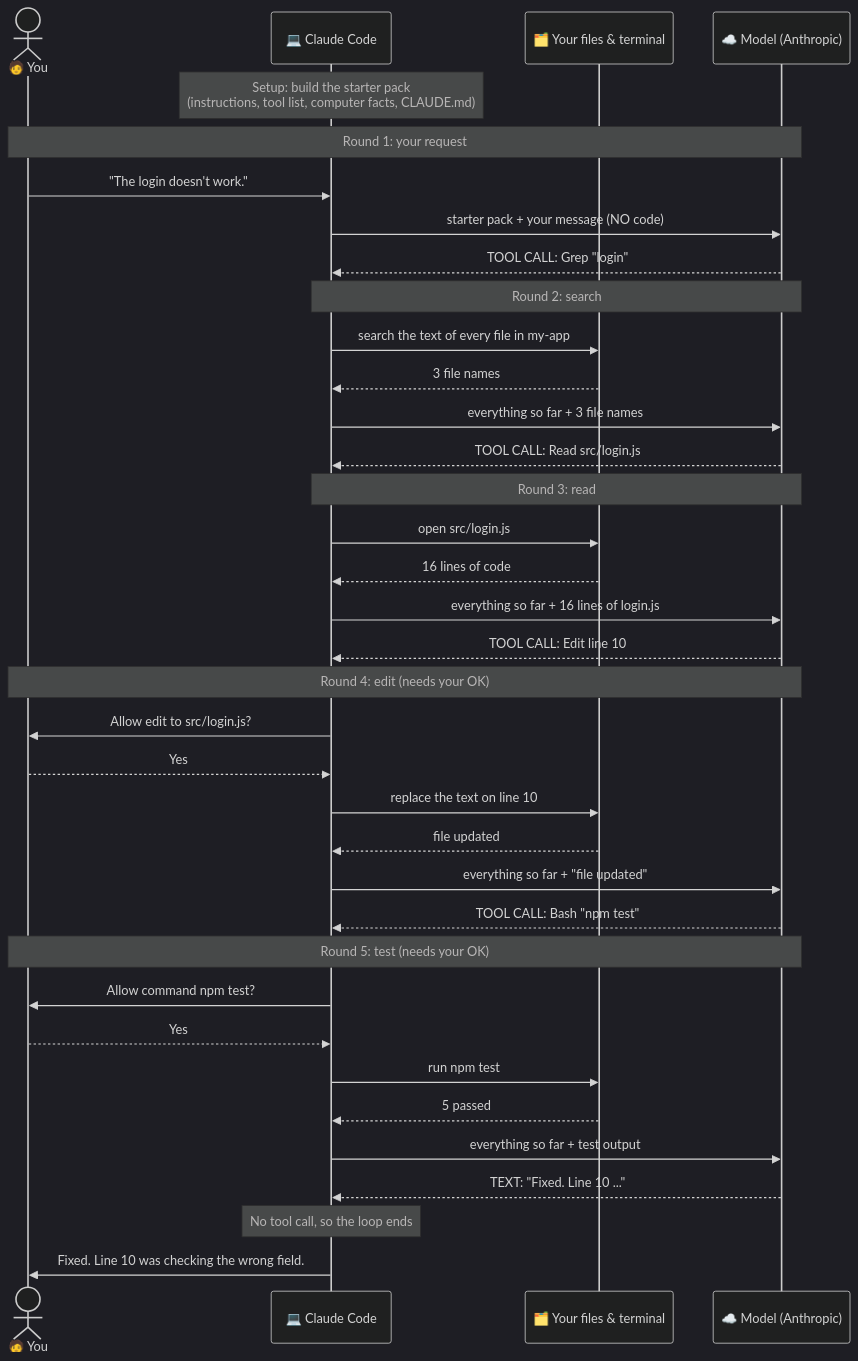
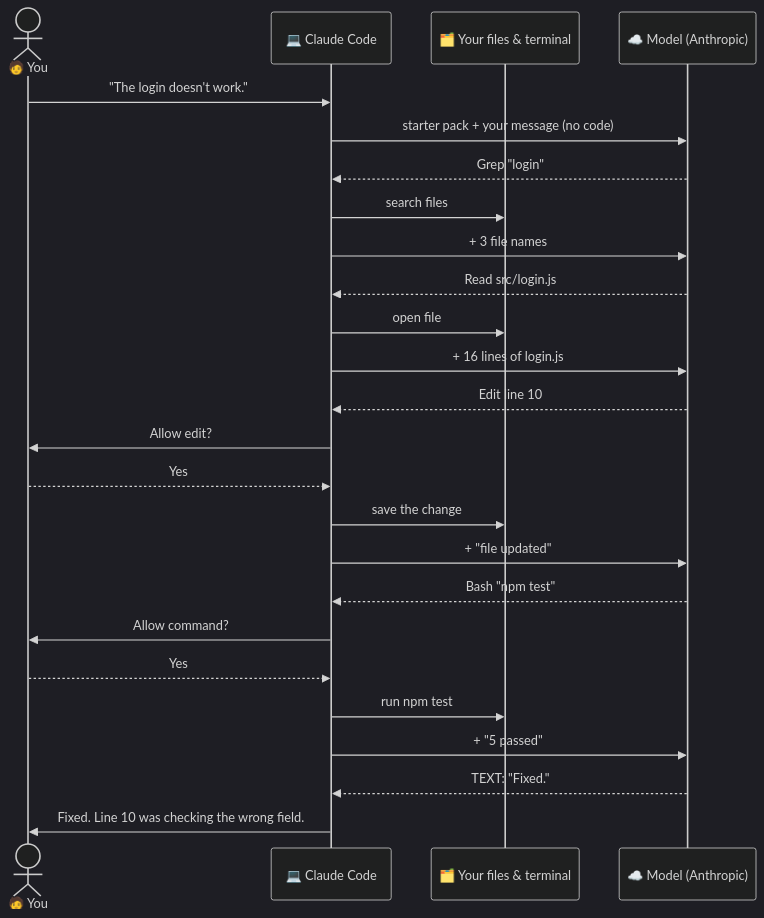
The diagram in 01_ClaudeCode101/02-how-claude-code-works.md (nirajp82/ClaudeArchitectProfessionalStudyGuide), drawn with Mermaid (dark theme) before and after one commit. The commit also changed other lines of this file and 6 other files, not shown here.

````diff
--- a/01_ClaudeCode101/02-how-claude-code-works.md
+++ b/01_ClaudeCode101/02-how-claude-code-works.md
@@ -586,45 +232,28 @@
 ```mermaid
 sequenceDiagram
     actor You as 🧑 You
     participant CC as 💻 Claude Code
     participant PC as 🗂️ Your files & terminal
     participant M as ☁️ Model (Anthropic)
 
-    Note over CC: Setup: build the starter pack<br/>(instructions, tool list, computer facts, CLAUDE.md)
-
-    Note over You,M: Round 1: your request
     You->>CC: "The login doesn't work."
-    CC->>M: starter pack + your message (NO code)
-    M-->>CC: TOOL CALL: Grep "login"
-
-    Note over CC,M: Round 2: search
-    CC->>PC: search the text of every file in my-app
-    PC-->>CC: 3 file names
-    CC->>M: everything so far + 3 file names
-    M-->>CC: TOOL CALL: Read src/login.js
-
-    Note over CC,M: Round 3: read
-    CC->>PC: open src/login.js
-    PC-->>CC: 16 lines of code
-    CC->>M: everything so far + 16 lines of login.js
-    M-->>CC: TOOL CALL: Edit line 10
-
-    Note over You,M: Round 4: edit (needs your OK)
-    CC->>You: Allow edit to src/login.js?
+    CC->>M: starter pack + your message (no code)
+    M-->>CC: Grep "login"
+    CC->>PC: search files
+    CC->>M: + 3 file names
+    M-->>CC: Read src/login.js
+    CC->>PC: open file
+    CC->>M: + 16 lines of login.js
+    M-->>CC: Edit line 10
+    CC->>You: Allow edit?
     You-->>CC: Yes
-    CC->>PC: replace the text on line 10
-    PC-->>CC: file updated
-    CC->>M: everything so far + "file updated"
-    M-->>CC: TOOL CALL: Bash "npm test"
-
-    Note over You,M: Round 5: test (needs your OK)
-    CC->>You: Allow command npm test?
+    CC->>PC: save the change
+    CC->>M: + "file updated"
+    M-->>CC: Bash "npm test"
+    CC->>You: Allow command?
     You-->>CC: Yes
     CC->>PC: run npm test
-    PC-->>CC: 5 passed
-    CC->>M: everything so far + test output
-    M-->>CC: TEXT: "Fixed. Line 10 ..."
-
-    Note over CC: No tool call, so the loop ends
+    CC->>M: + "5 passed"
+    M-->>CC: TEXT: "Fixed."
     CC->>You: Fixed. Line 10 was checking the wrong field.
 ```
````
